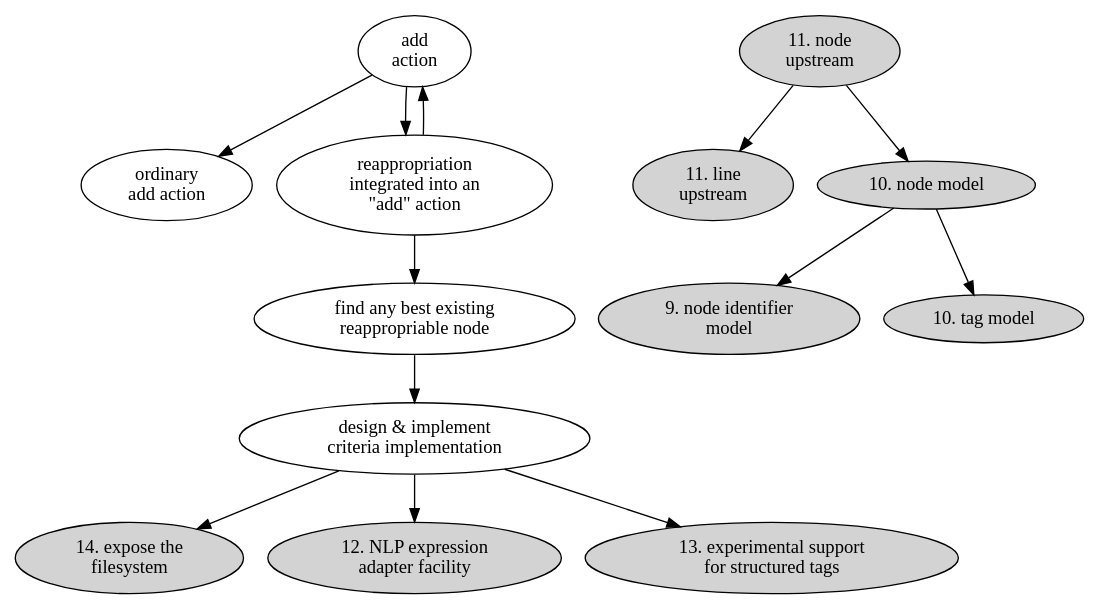
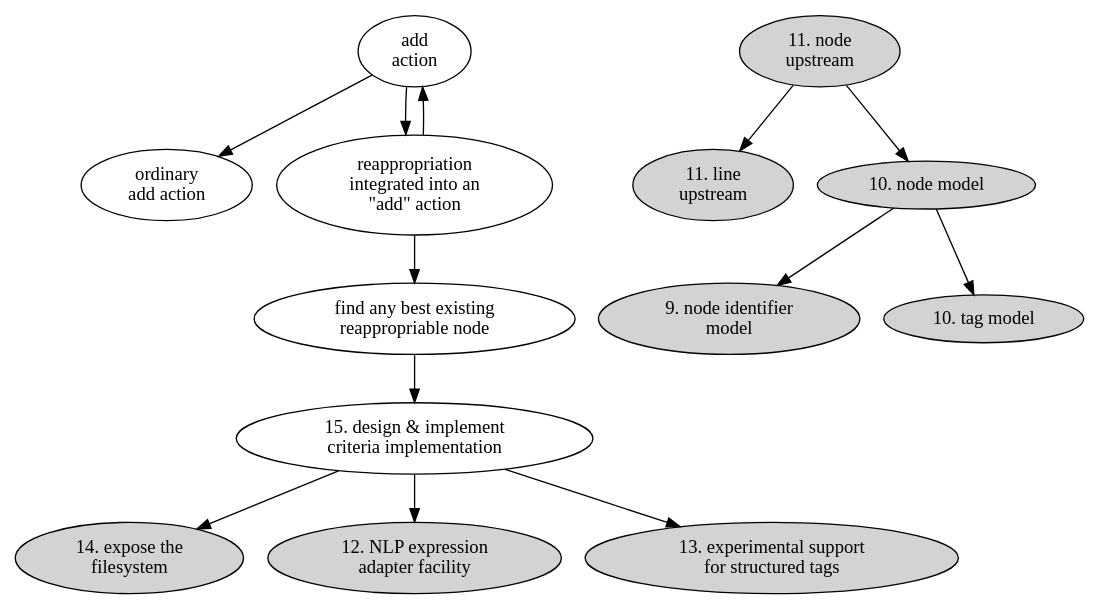
Before and after one commit to hipe/tmx: the diagram in lib/skylab/snag/doc/issues/038/component-digraph.dot, drawn with Graphviz. The commit also changed 30 other files, not shown here.

```diff
--- a/lib/skylab/snag/doc/issues/038/component-digraph.dot
+++ b/lib/skylab/snag/doc/issues/038/component-digraph.dot
@@ -1,33 +1,33 @@
 digraph {
 
   aa [label="add\naction" ]
-  de [label="design & implement\ncriteria implementation"]
+  de [label="15. design & implement\ncriteria implementation"]
   FS [label="14. expose the\nfilesystem" style=filled]
   line_upstream [label="11. line\nupstream" style=filled]
   NLP_experiment [label="12. NLP expression\nadapter facility" style=filled]
   node_identifier_model [label="9. node identifier\nmodel" style=filled]
   node_model [label="10. node model" style=filled]
   node_upstream [label="11. node\nupstream" style=filled]
   oaa [label="ordinary\nadd action"]
   rea [label="reappropriation\nintegrated into an\n\"add\" action" ]
   rea_actor [label="find any best existing\nreappropriable node" ]
   stru [label="13. experimental support\nfor structured tags" style=filled]
   tag_model [label="10. tag model" style=filled]
 
   aa->rea
   rea->aa
   aa->oaa
   rea->rea_actor
 
   rea_actor->de
   de->NLP_experiment
   de->FS
   de->stru
 
   node_upstream -> line_upstream
   node_upstream -> node_model
 
   node_model -> node_identifier_model
   node_model -> tag_model
 
 }
```
